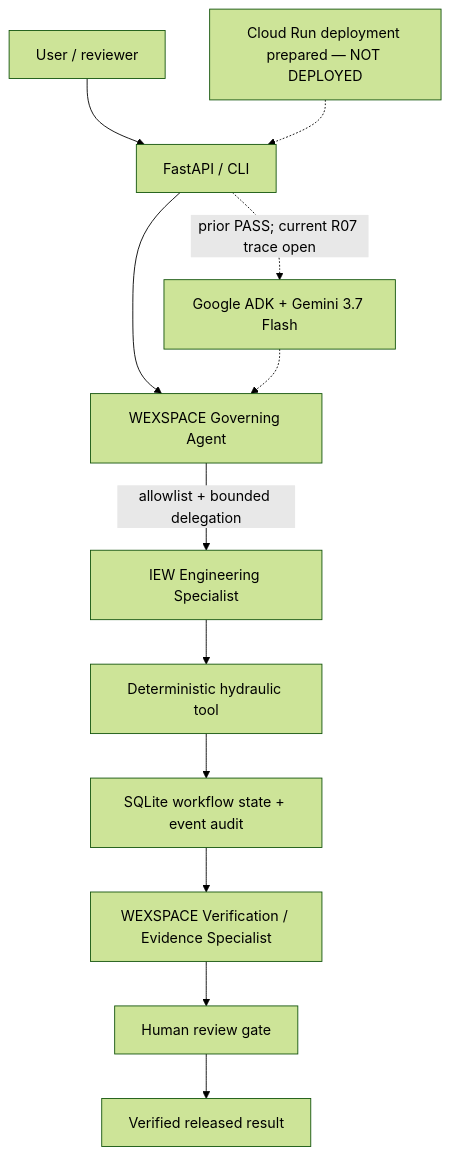
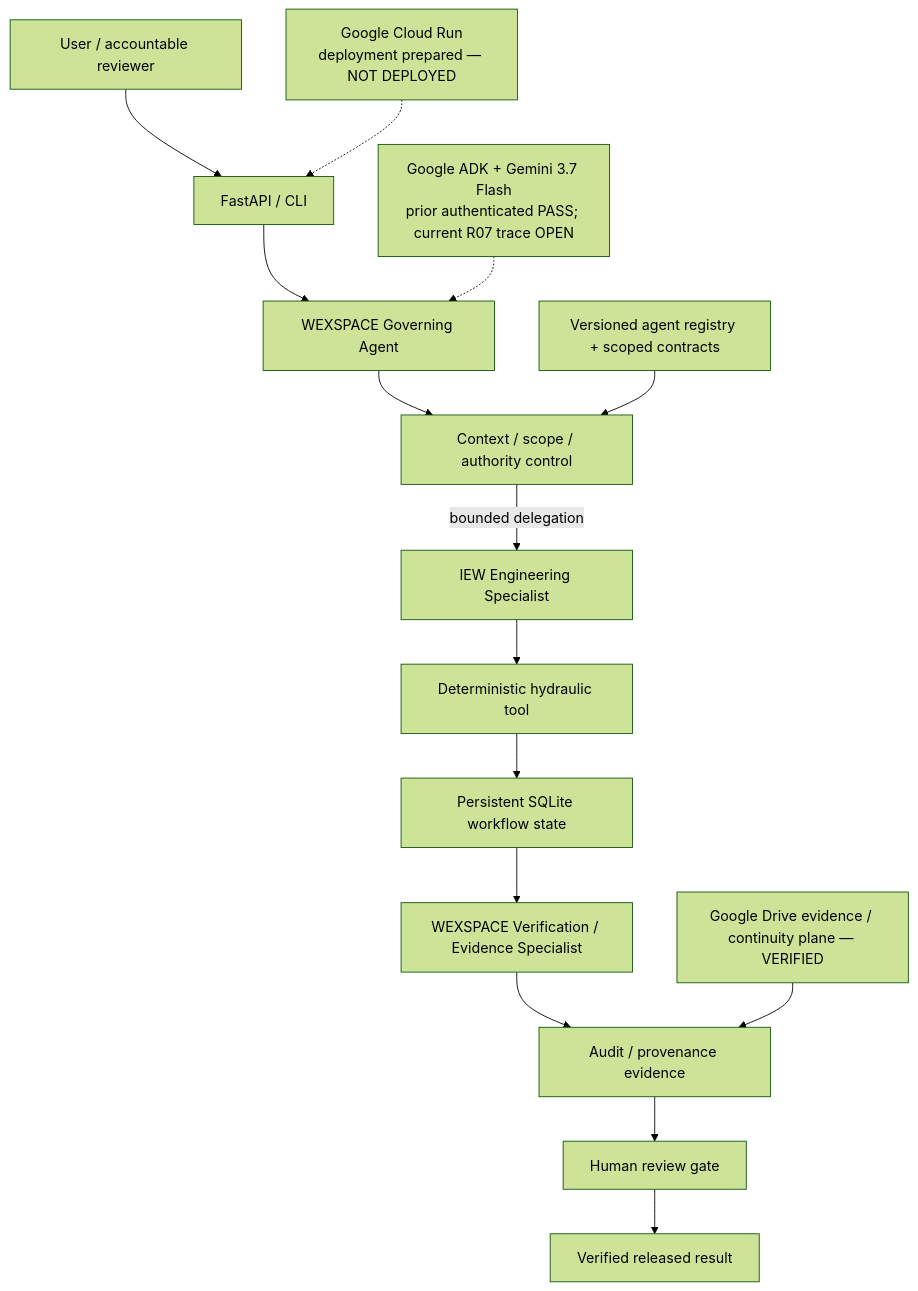
Before and after one commit to moatazfarea/wexspace-iew-agentic-fleet: the diagram in architecture/architecture.mmd, drawn with Mermaid (forest theme). The commit also changed 16 other files, not shown here.

```diff
--- a/architecture/architecture.mmd
+++ b/architecture/architecture.mmd
@@ -1,12 +1,16 @@
 flowchart TD
-    U["User / reviewer"] --> API["FastAPI / CLI"]
+    U["User / accountable reviewer"] --> API["FastAPI / CLI"]
     API --> G["WEXSPACE Governing Agent"]
-    G -->|"allowlist + bounded delegation"| E["IEW Engineering Specialist"]
+    G --> C["Context / scope / authority control"]
+    C -->|"bounded delegation"| E["IEW Engineering Specialist"]
     E --> T["Deterministic hydraulic tool"]
-    T --> S["SQLite workflow state + event audit"]
+    T --> S["Persistent SQLite workflow state"]
     S --> V["WEXSPACE Verification / Evidence Specialist"]
-    V --> H["Human review gate"]
+    V --> A["Audit / provenance evidence"]
+    A --> H["Human review gate"]
     H --> R["Verified released result"]
-    API -.->|"prior PASS; current R07 trace open"| ADK["Google ADK + Gemini 3.7 Flash"]
-    ADK -.-> G
-    CR["Cloud Run deployment prepared — NOT DEPLOYED"] -.-> API
+
+    REG["Versioned agent registry + scoped contracts"] --> C
+    DRIVE["Google Drive evidence / continuity plane — VERIFIED"] --> A
+    ADK["Google ADK + Gemini 3.7 Flash\nprior authenticated PASS; current R07 trace OPEN"] -.-> G
+    CR["Google Cloud Run\ndeployment prepared — NOT DEPLOYED"] -.-> API
```
